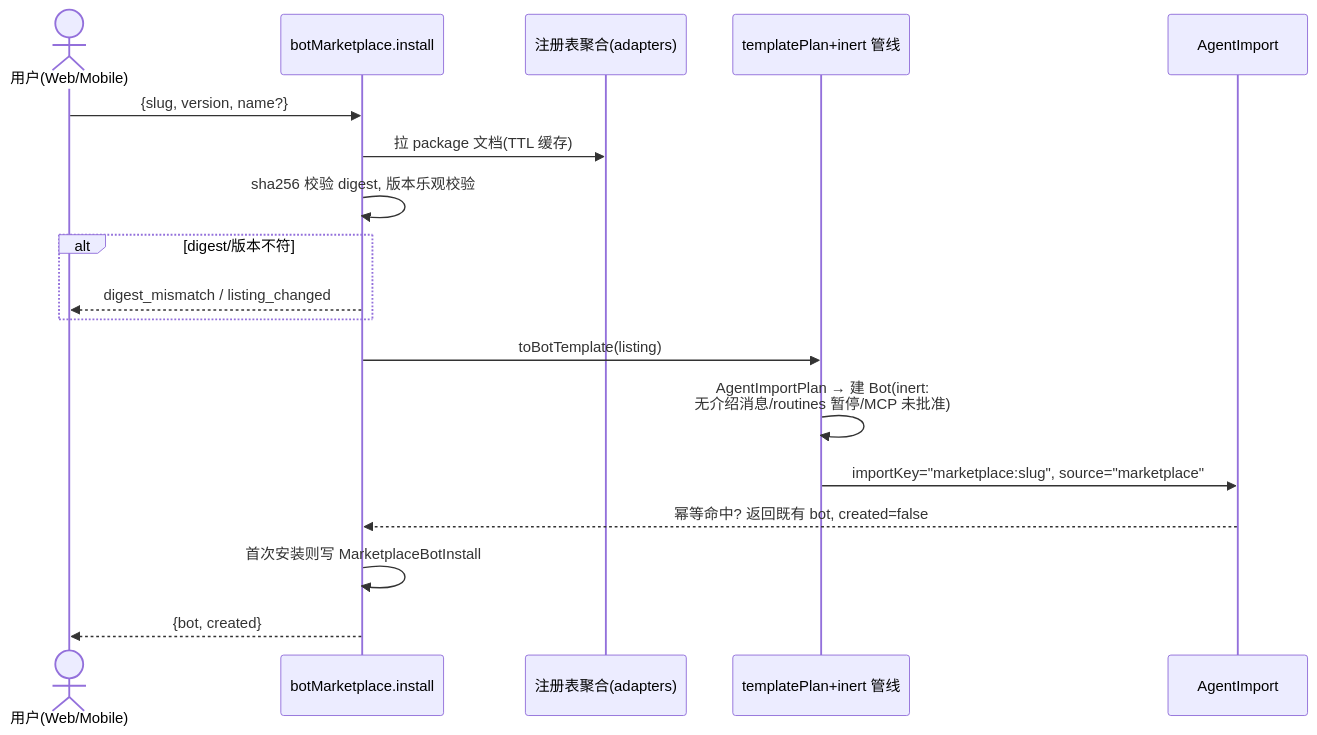
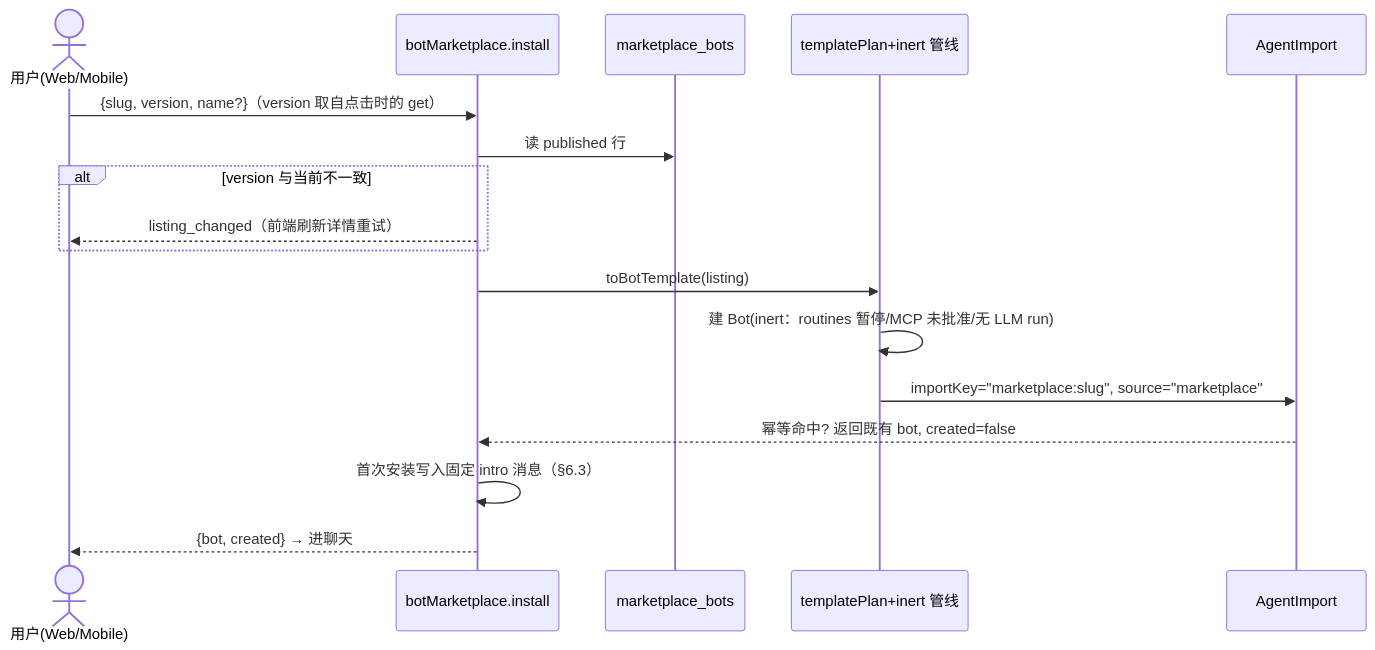
One commit to foxtwobao/botone changed the third of 4 diagrams in docs/bot-marketplace-design.md. Above: the diagram before and after it, drawn with Mermaid. The commit also changed other lines of this file and 2 other files, not shown here.

````diff
--- a/docs/bot-marketplace-design.md
+++ b/docs/bot-marketplace-design.md
@@ -242,20 +254,19 @@
 ```mermaid
 sequenceDiagram
     actor U as 用户(Web/Mobile)
     participant RPC as botMarketplace.install
-    participant REG as 注册表聚合(adapters)
+    participant DB as marketplace_bots
     participant TP as templatePlan+inert 管线
     participant AI as AgentImport
-    U->>RPC: {slug, version, name?}
-    RPC->>REG: 拉 package 文档(TTL 缓存)
-    RPC->>RPC: sha256 校验 digest, 版本乐观校验
-    alt digest/版本不符
-        RPC-->>U: digest_mismatch / listing_changed
+    U->>RPC: {slug, version, name?}（version 取自点击时的 get）
+    RPC->>DB: 读 published 行
+    alt version 与当前不一致
+        RPC-->>U: listing_changed（前端刷新详情重试）
     end
     RPC->>TP: toBotTemplate(listing)
-    TP->>TP: AgentImportPlan → 建 Bot(inert:<br/>无介绍消息/routines 暂停/MCP 未批准)
+    TP->>TP: 建 Bot(inert：routines 暂停/MCP 未批准/无 LLM run)
     TP->>AI: importKey="marketplace:slug", source="marketplace"
     AI-->>RPC: 幂等命中? 返回既有 bot, created=false
-    RPC->>RPC: 首次安装则写 MarketplaceBotInstall
-    RPC-->>U: {bot, created}
+    RPC->>RPC: 首次安装写入固定 intro 消息（§6.3）
+    RPC-->>U: {bot, created} → 进聊天
 ```
````
